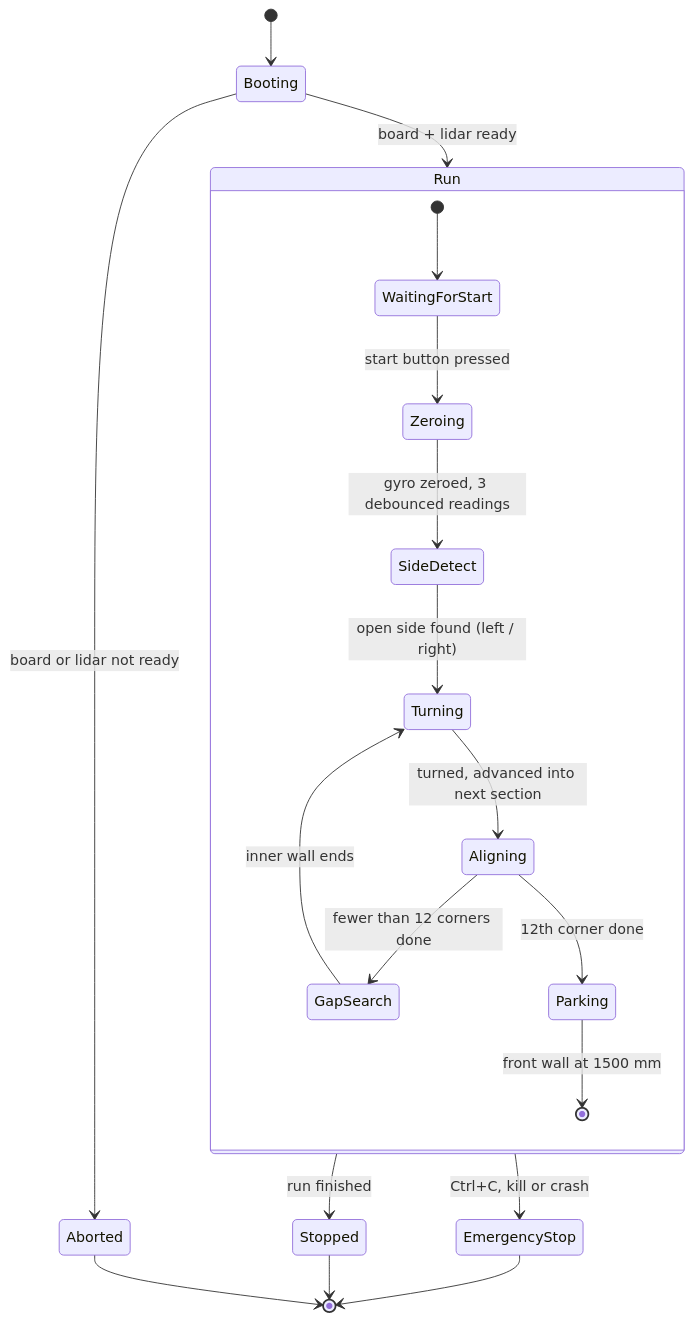
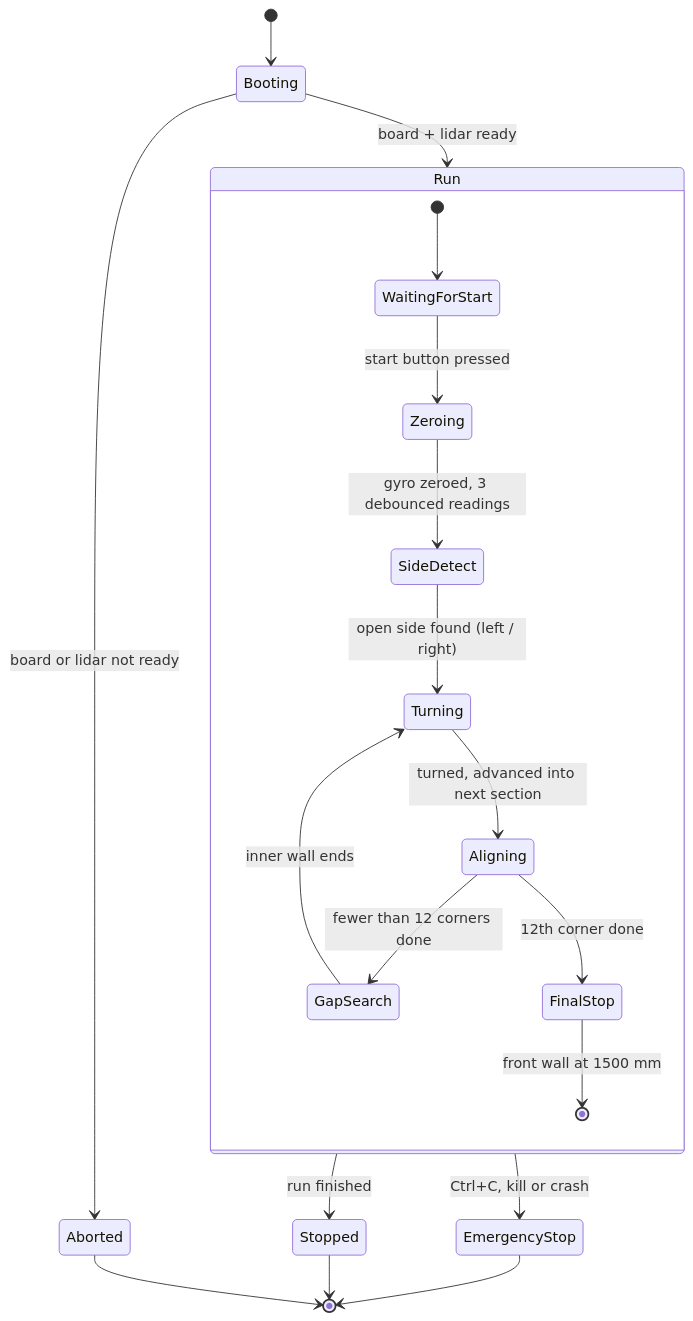
One commit to alex309-duarte/WRO_Future_Engineers_Queretaro_CSS changed the second of 4 diagrams in README.md. Above: the diagram before and after it, drawn with Mermaid. The commit also changed other lines of this file and 29 other files, not shown here.

Commit message:
Review fixes: parking description, English program messages, v7 figures, rule compliance, firmware note, Hailo-8 brief, awaiting final review before publishing final v2 release

````diff
--- a/README.md
+++ b/README.md
@@ -822,22 +830,22 @@
 ```mermaid
 stateDiagram-v2
     [*] --> Booting
     Booting --> Aborted: board or lidar not ready
     Booting --> Run: board + lidar ready
     state Run {
         [*] --> WaitingForStart
         WaitingForStart --> Zeroing: start button pressed
         Zeroing --> SideDetect: gyro zeroed, 3 debounced readings
         SideDetect --> Turning: open side found (left / right)
         Turning --> Aligning: turned, advanced into next section
         Aligning --> GapSearch: fewer than 12 corners done
         GapSearch --> Turning: inner wall ends
-        Aligning --> Parking: 12th corner done
-        Parking --> [*]: front wall at 1500 mm
+        Aligning --> FinalStop: 12th corner done
+        FinalStop --> [*]: front wall at 1500 mm
     }
     Run --> Stopped: run finished
     Run --> EmergencyStop: Ctrl+C, kill or crash
     Aborted --> [*]
     Stopped --> [*]
     EmergencyStop --> [*]
 ```
````
